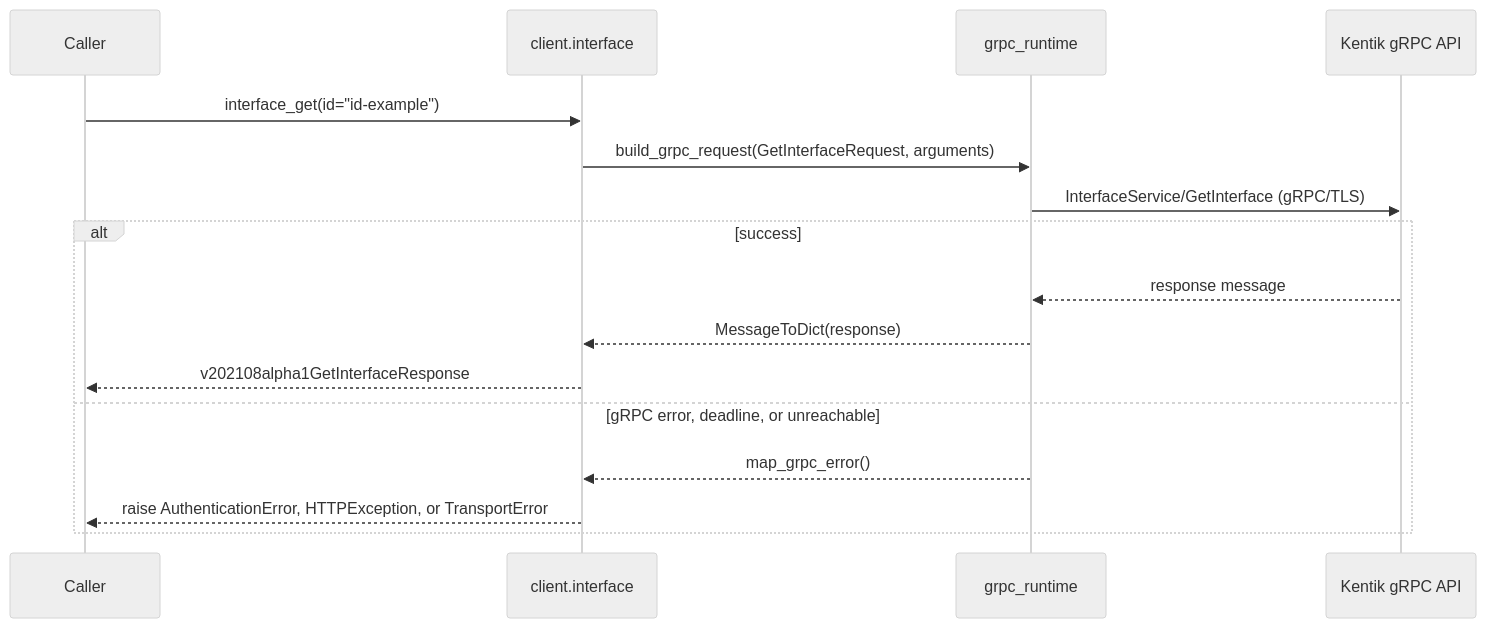
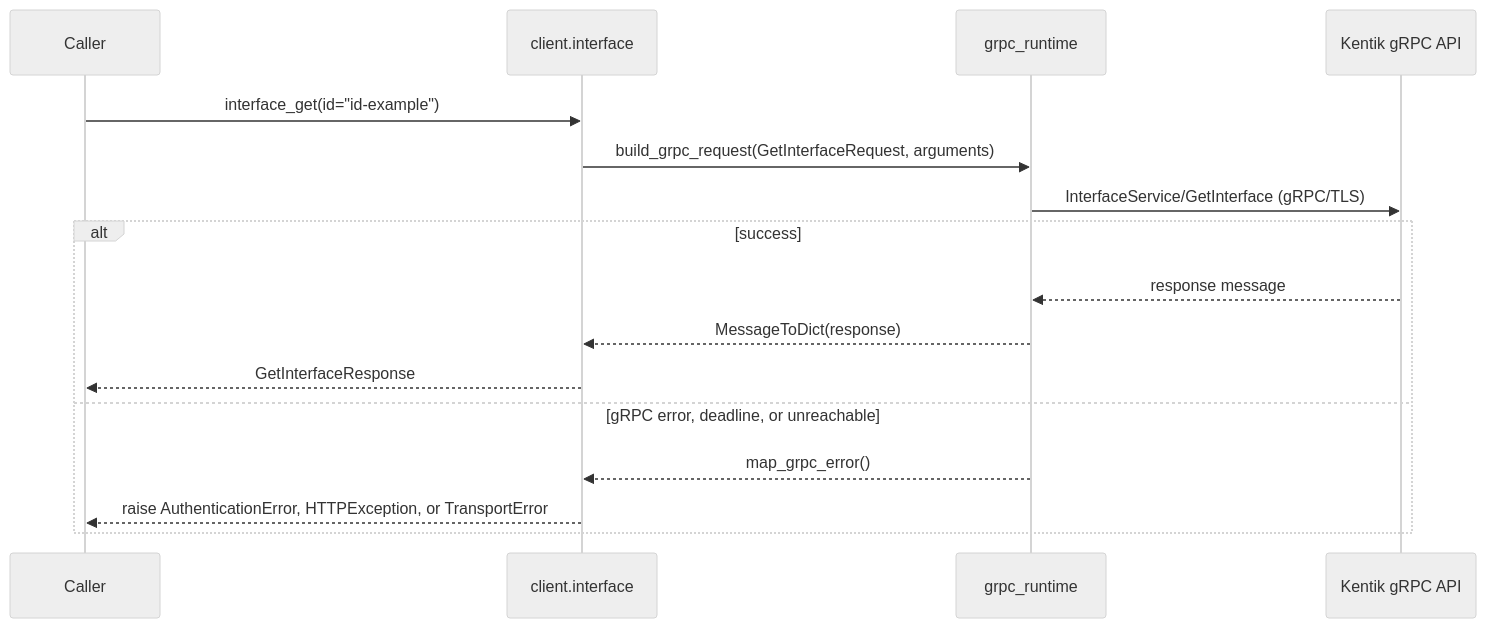
Before and after one commit to alexdearaujo/community_sdk_python: the seventh of 14 diagrams in docs/sphinx/services/interface.md, drawn with Mermaid (neutral theme). The commit also changed other lines of this file and 38 other files, not shown here.

````diff
--- a/docs/sphinx/services/interface.md
+++ b/docs/sphinx/services/interface.md
@@ -215,19 +215,19 @@
 ```mermaid
 sequenceDiagram
     participant C as Caller
     participant W as client.interface
     participant R as grpc_runtime
     participant API as Kentik gRPC API
 
     C->>W: interface_get(id="id-example")
     W->>R: build_grpc_request(GetInterfaceRequest, arguments)
     R->>API: InterfaceService/GetInterface (gRPC/TLS)
     alt success
         API-->>R: response message
         R-->>W: MessageToDict(response)
-        W-->>C: v202108alpha1GetInterfaceResponse
+        W-->>C: GetInterfaceResponse
     else gRPC error, deadline, or unreachable
         R-->>W: map_grpc_error()
         W-->>C: raise AuthenticationError, HTTPException, or TransportError
     end
 ```
````
